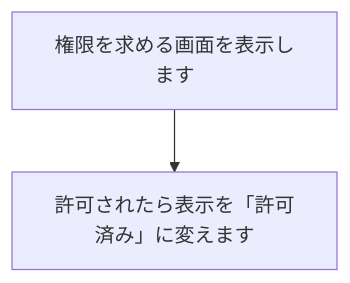
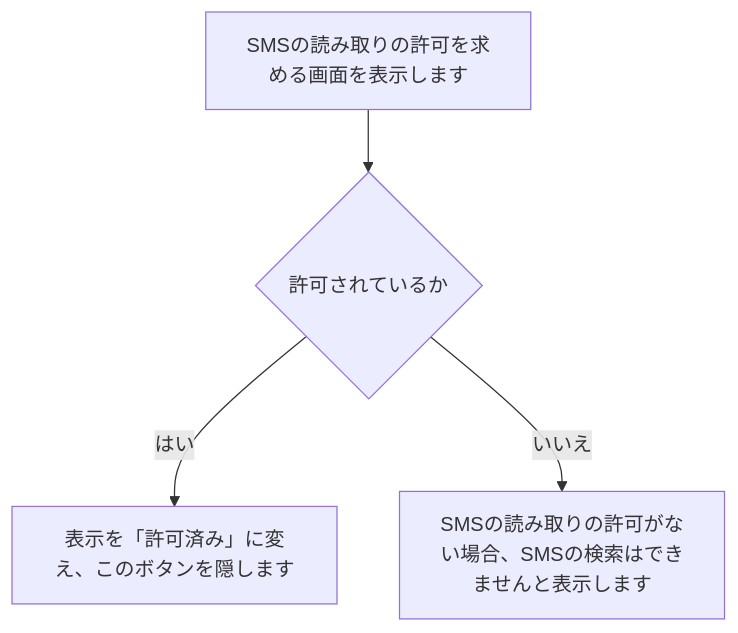
Diagram 14 of 33 in tool/smstokintone/doc/02_設計/処理フロー.md (nishida2073/project_management), drawn with Mermaid before and after one commit. The commit also changed other lines of this file and 5 other files, not shown here.

````diff
--- a/tool/smstokintone/doc/02_設計/処理フロー.md
+++ b/tool/smstokintone/doc/02_設計/処理フロー.md
@@ -181,4 +251,6 @@
 ```mermaid
 flowchart TD
-  A[権限を求める画面を表示します] --> B[許可されたら表示を「許可済み」に変えます]
+  A["SMSの読み取りの許可を求める画面を表示します"] --> B{"許可されているか"}
+  B -- はい --> C["表示を「許可済み」に変え、このボタンを隠します"]
+  B -- いいえ --> D["SMSの読み取りの許可がない場合、SMSの検索はできませんと表示します"]
 ```
````
